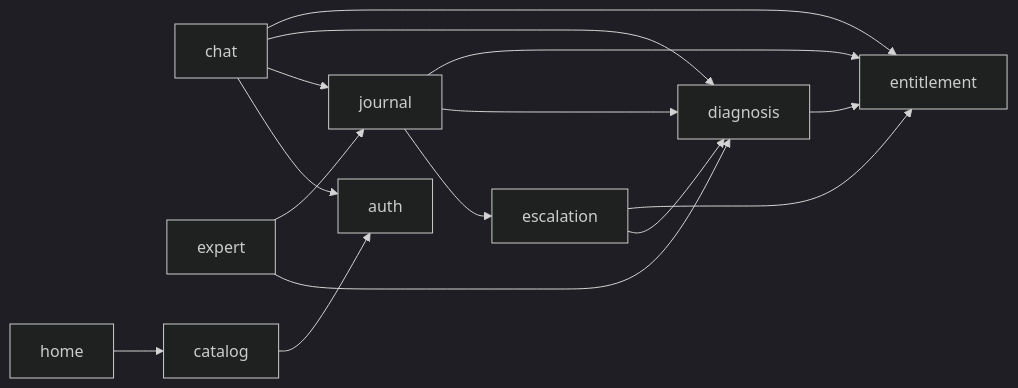
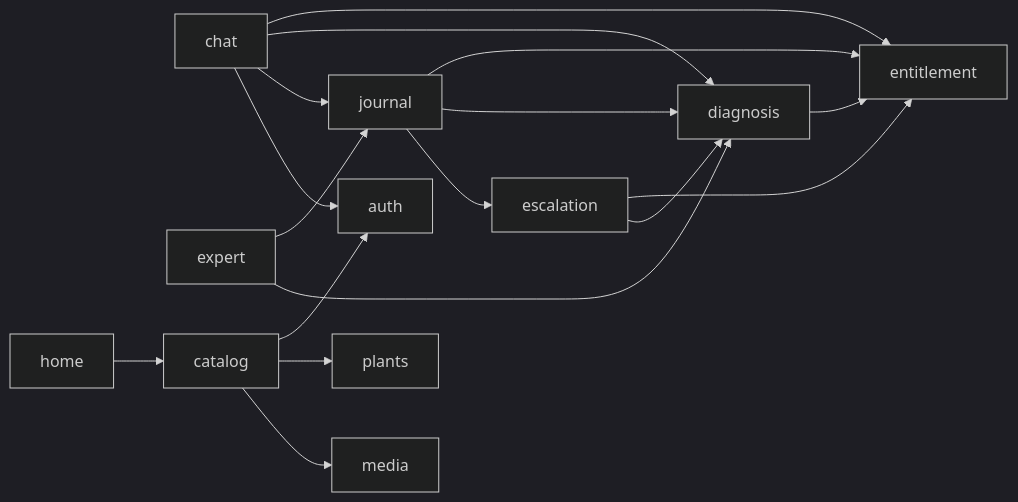
Before and after one commit to DaniilTsitavets/diploma-growpath-frontend: the second of 2 diagrams in docs/architecture.md, drawn with Mermaid (dark theme). The commit also changed other lines of this file and 25 other files, not shown here.

````diff
--- a/docs/architecture.md
+++ b/docs/architecture.md
@@ -67,19 +69,21 @@
 ```mermaid
 flowchart LR
   entitlement
   auth
   diagnosis --> entitlement
   escalation --> entitlement
   escalation --> diagnosis
   journal --> entitlement
   journal --> diagnosis
   journal --> escalation
   chat --> entitlement
   chat --> diagnosis
   chat --> journal
   chat --> auth
   expert --> journal
   expert --> diagnosis
   catalog --> auth
+  catalog --> plants
+  catalog --> media
   home --> catalog
 ```
````
